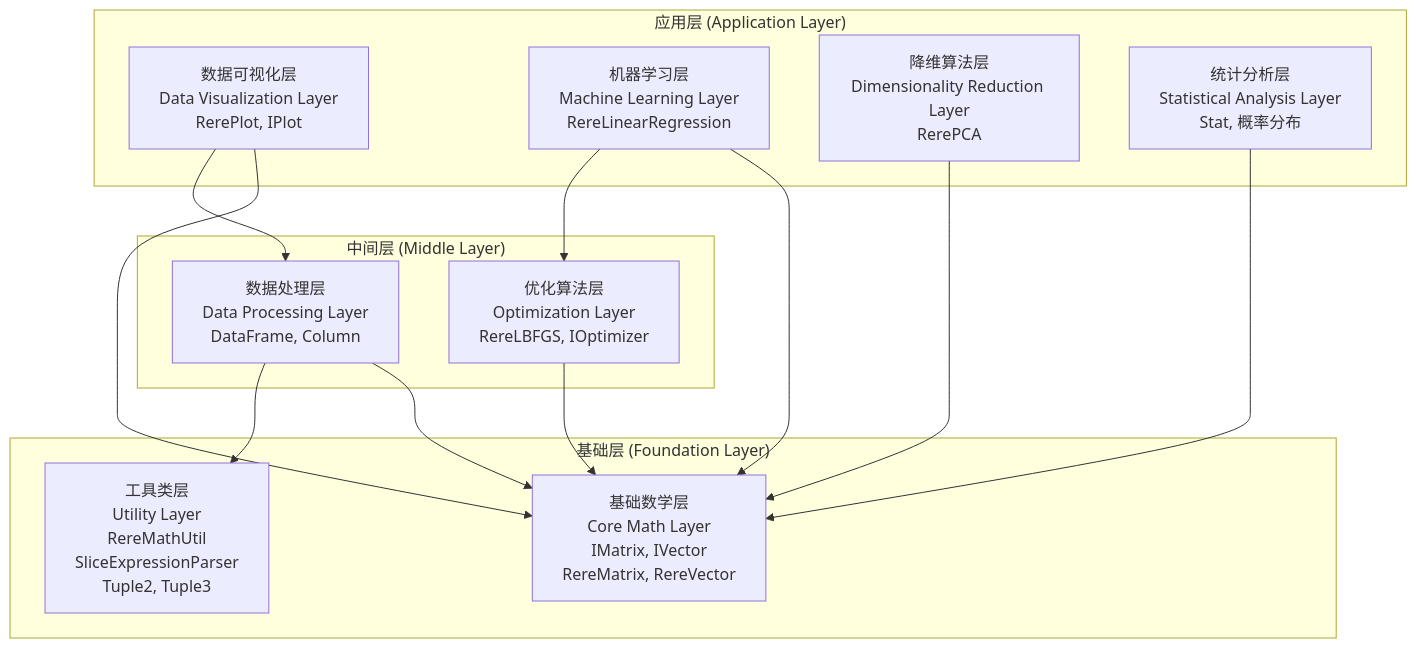
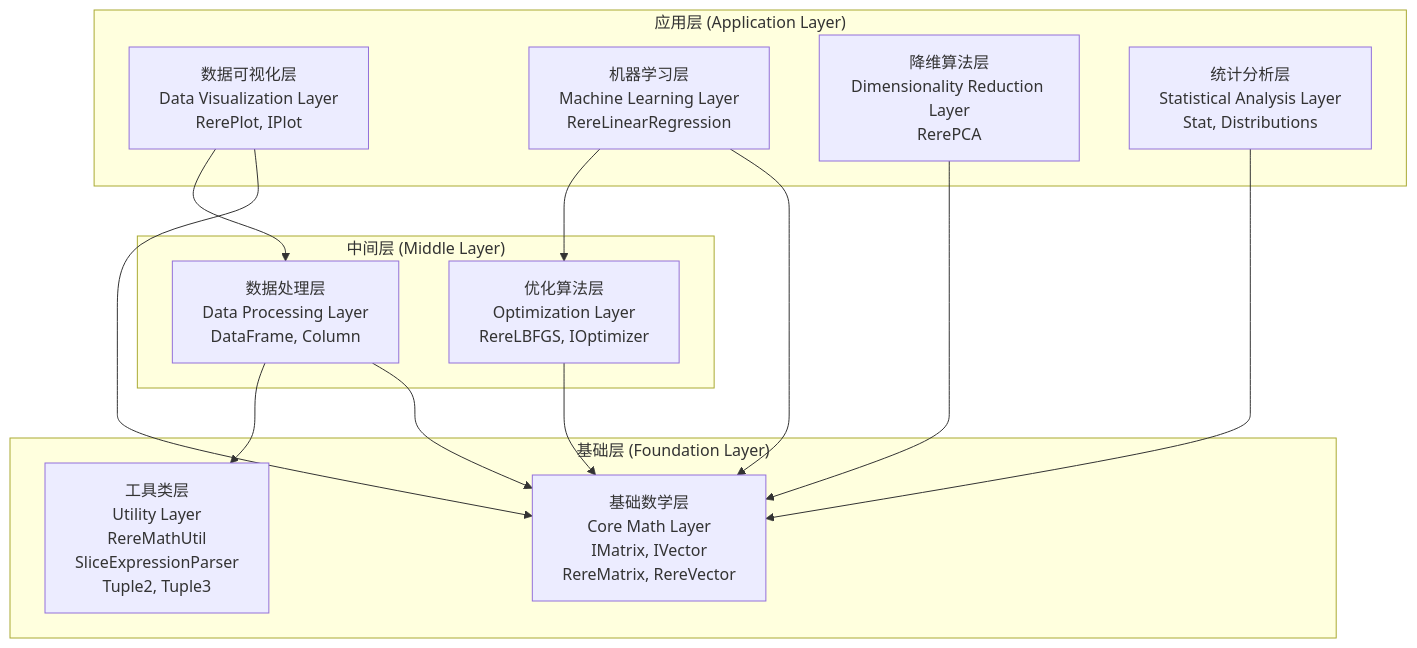
The diagram in README.md (ScaleFree-Tech/yishape-math), drawn with Mermaid before and after one commit.

````diff
--- a/README.md
+++ b/README.md
@@ -409,29 +409,29 @@
 ```mermaid
 graph TB
     subgraph "应用层 (Application Layer)"
         VIZ[数据可视化层<br/>Data Visualization Layer<br/>RerePlot, IPlot]
         ML[机器学习层<br/>Machine Learning Layer<br/>RereLinearRegression]
         DIM[降维算法层<br/>Dimensionality Reduction Layer<br/>RerePCA]
-        STAT[统计分析层<br/>Statistical Analysis Layer<br/>Stat, 概率分布]
+        STAT[统计分析层<br/>Statistical Analysis Layer<br/>Stat, Distributions]
     end
     
     subgraph "中间层 (Middle Layer)"
         DATA[数据处理层<br/>Data Processing Layer<br/>DataFrame, Column]
         OPT[优化算法层<br/>Optimization Layer<br/>RereLBFGS, IOptimizer]
     end
     
     subgraph "基础层 (Foundation Layer)"
         MATH[基础数学层<br/>Core Math Layer<br/>IMatrix, IVector<br/>RereMatrix, RereVector]
         UTIL[工具类层<br/>Utility Layer<br/>RereMathUtil<br/>SliceExpressionParser<br/>Tuple2, Tuple3]
     end
     
     VIZ --> MATH
     VIZ --> DATA
     ML --> MATH
     ML --> OPT
     DIM --> MATH
     STAT --> MATH
     DATA --> MATH
     DATA --> UTIL
     OPT --> MATH
 ```
````
